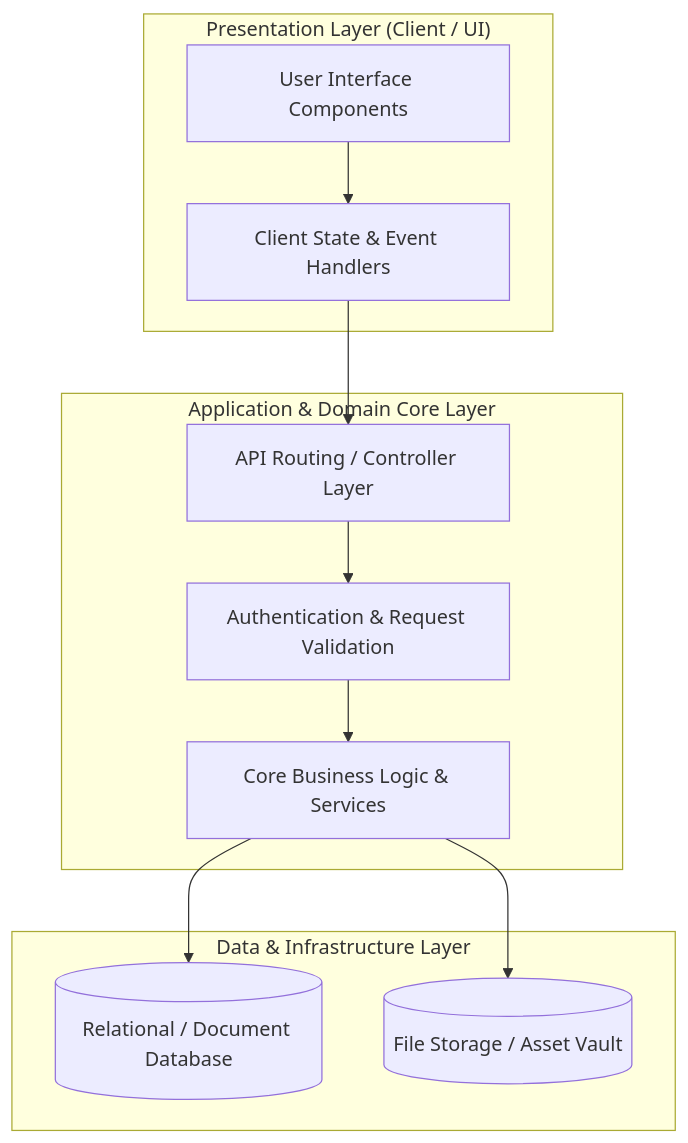
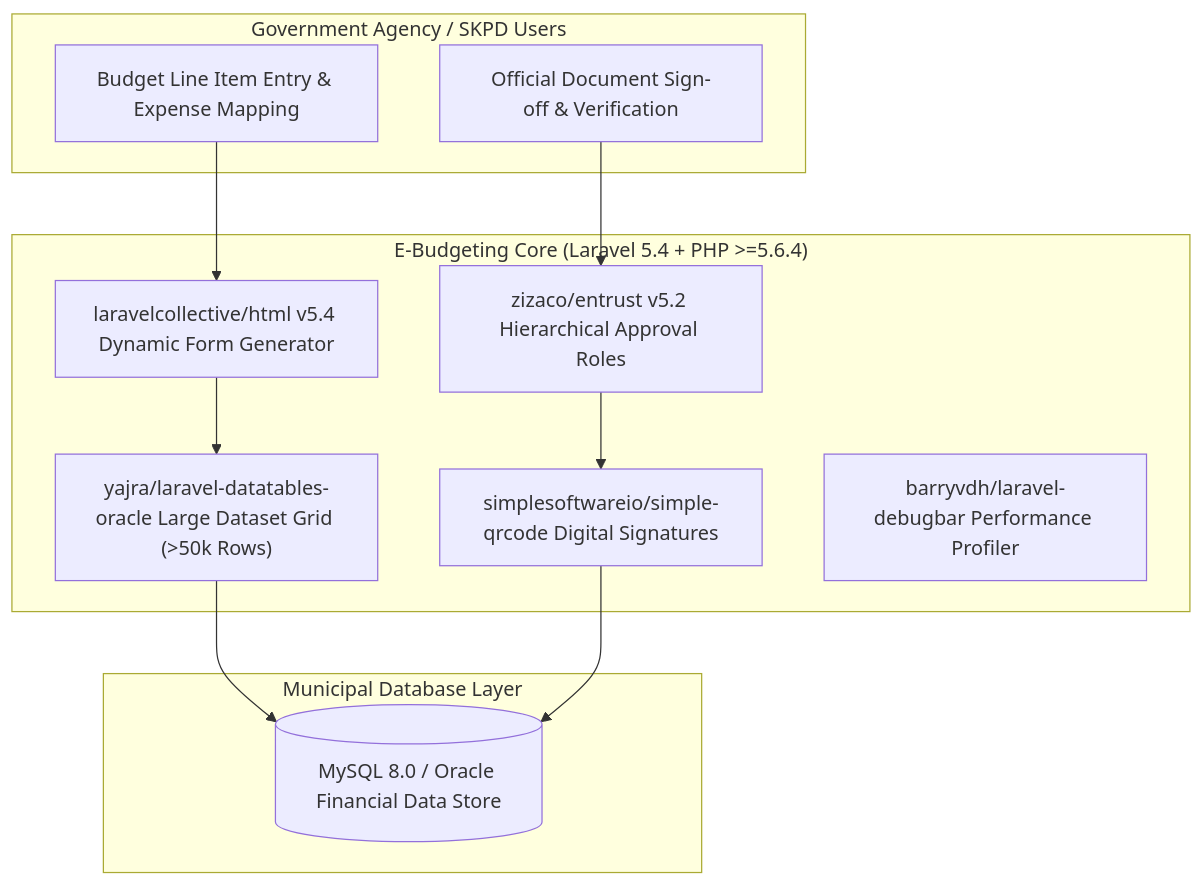
One commit to MHendriF/my-resume changed the diagram in experience/pt-qira-teknologi-indonesia/overview-projects/e-budgeting/ARCHITECTURE.md. Above: the diagram before and after it, drawn with Mermaid. The commit also changed other lines of this file and 27 other files, not shown here.

Commit message:
docs: synchronize all ARCHITECTURE.md files with exact package.json and composer.json manifests

````diff
--- a/experience/pt-qira-teknologi-indonesia/overview-projects/e-budgeting/ARCHITECTURE.md
+++ b/experience/pt-qira-teknologi-indonesia/overview-projects/e-budgeting/ARCHITECTURE.md
@@ -16,23 +19,22 @@
 ```mermaid
 flowchart TD
-    subgraph ClientPresentation ["Presentation Layer (Client / UI)"]
-        UI["User Interface Components"]
-        ClientState["Client State & Event Handlers"]
+    subgraph BudgetAdmin ["Government Agency / SKPD Users"]
+        BudgetEntry["Budget Line Item Entry & Expense Mapping"]
+        SignOffModal["Official Document Sign-off & Verification"]
     end
 
-    subgraph ApplicationCore ["Application & Domain Core Layer"]
-        RouterGateway["API Routing / Controller Layer"]
-        BusinessLogic["Core Business Logic & Services"]
-        SecurityMiddleware["Authentication & Request Validation"]
+    subgraph EBudgetingCore ["E-Budgeting Core (Laravel 5.4 + PHP >=5.6.4)"]
+        YajraEngine["yajra/laravel-datatables-oracle Large Dataset Grid (>50k Rows)"]
+        EntrustRBAC["zizaco/entrust v5.2 Hierarchical Approval Roles"]
+        QRValidator["simplesoftwareio/simple-qrcode Digital Signatures"]
+        FormBuilder["laravelcollective/html v5.4 Dynamic Form Generator"]
+        DebugMonitor["barryvdh/laravel-debugbar Performance Profiler"]
     end
 
-    subgraph InfrastructureLayer ["Data & Infrastructure Layer"]
-        PrimaryStore[(Relational / Document Database)]
-        FileStore[(File Storage / Asset Vault)]
+    subgraph MunicipalDB ["Municipal Database Layer"]
+        MySQL_DB[(MySQL 8.0 / Oracle Financial Data Store)]
     end
 
-    UI --> ClientState --> RouterGateway
-    RouterGateway --> SecurityMiddleware --> BusinessLogic
-    BusinessLogic --> PrimaryStore
-    BusinessLogic --> FileStore
+    BudgetEntry --> FormBuilder --> YajraEngine --> MySQL_DB
+    SignOffModal --> EntrustRBAC --> QRValidator --> MySQL_DB
 ```
````
